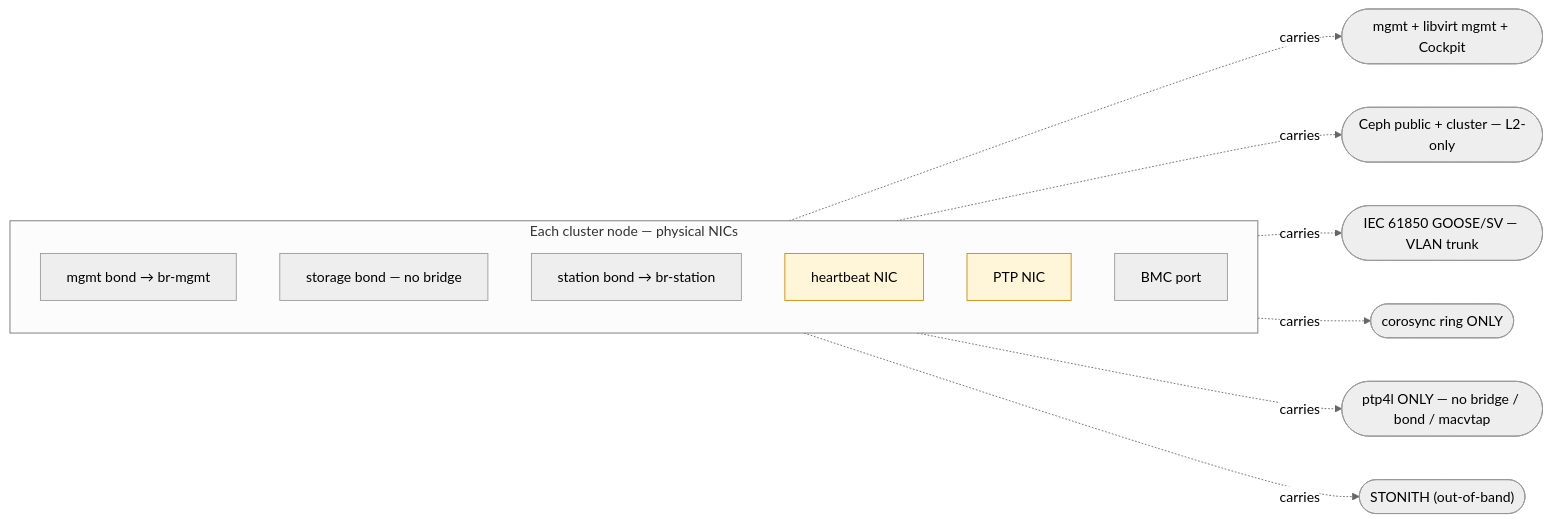
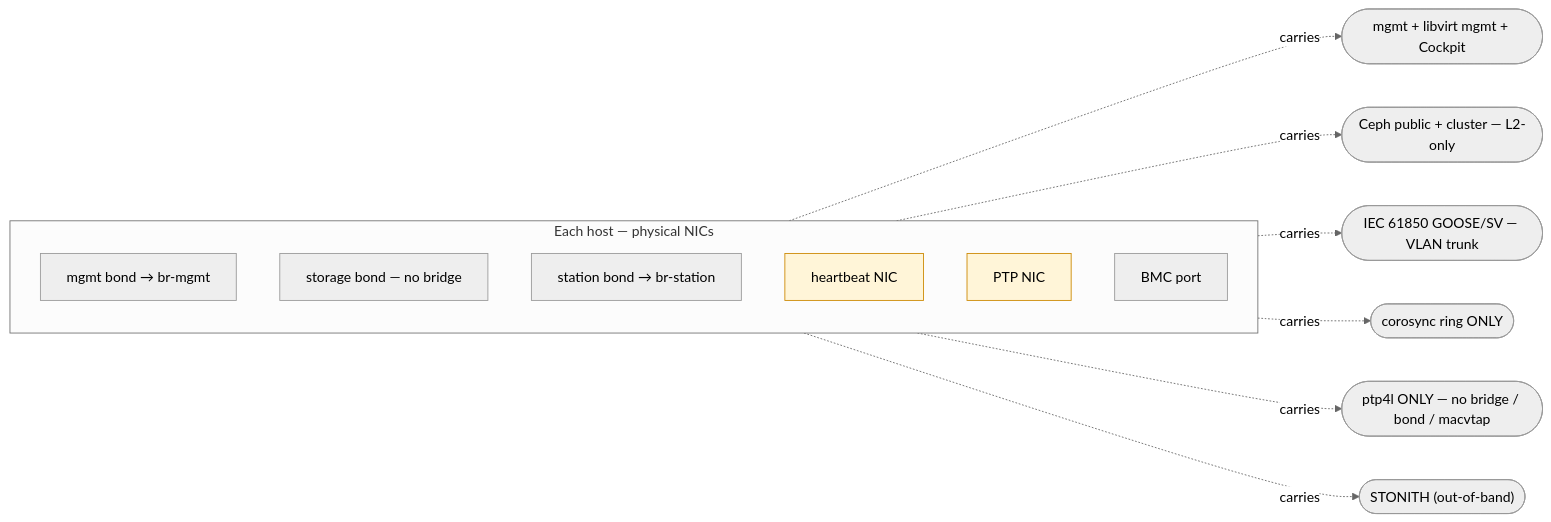
Before and after one commit to RedHatEdge/virtual-protection: the third of 4 diagrams in README.md, drawn with Mermaid (neutral theme). The commit also changed other lines of this file, not shown here.

First line of the commit message:
Re-frame as topology-neutral pattern with 1-node and 3-node variants

````diff
--- a/README.md
+++ b/README.md
@@ -98,23 +180,23 @@
 ```mermaid
 flowchart LR
-  subgraph node["Each cluster node — physical NICs"]
+  subgraph node["Each host — physical NICs"]
     direction TB
     mgmt["mgmt bond → br-mgmt"]
     storage["storage bond — no bridge"]
     station["station bond → br-station"]
     hb["heartbeat NIC"]
     ptp["PTP NIC"]
     bmc["BMC port"]
   end
 
   mgmt -. carries .-> mgmtN(["mgmt + libvirt mgmt + Cockpit"])
   storage -. carries .-> storageN(["Ceph public + cluster — L2-only"])
   station -. carries .-> stationN(["IEC 61850 GOOSE/SV — VLAN trunk"])
   hb -. carries .-> hbN(["corosync ring ONLY"])
   ptp -. carries .-> ptpN(["ptp4l ONLY — no bridge / bond / macvtap"])
   bmc -. carries .-> bmcN(["STONITH (out-of-band)"])
 
   classDef mustdedicate fill:#fff5d8,stroke:#c80,color:#000
   hb:::mustdedicate
   ptp:::mustdedicate
 ```
````
